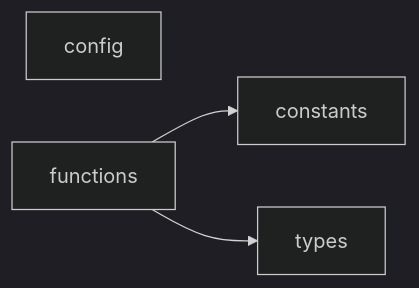
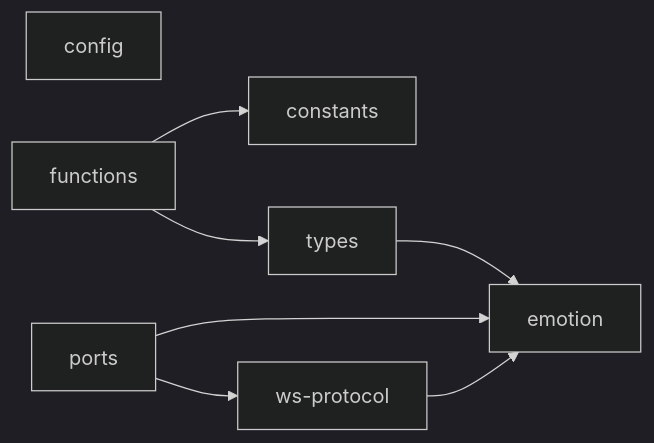
One commit to OJII3/vicissitude changed the diagram in packages/shared/DEPS.md. Above: the diagram before and after it, drawn with Mermaid (dark theme). The commit also changed other lines of this file and 9 other files, not shown here.

````diff
--- a/packages/shared/DEPS.md
+++ b/packages/shared/DEPS.md
@@ -7,8 +7,12 @@
 ```mermaid
 graph LR
   config
   constants
+  emotion
   functions --> constants
   functions --> types
-  types
+  ports --> emotion
+  ports --> ws_protocol["ws-protocol"]
+  types --> emotion
+  ws_protocol["ws-protocol"] --> emotion
 ```
````
